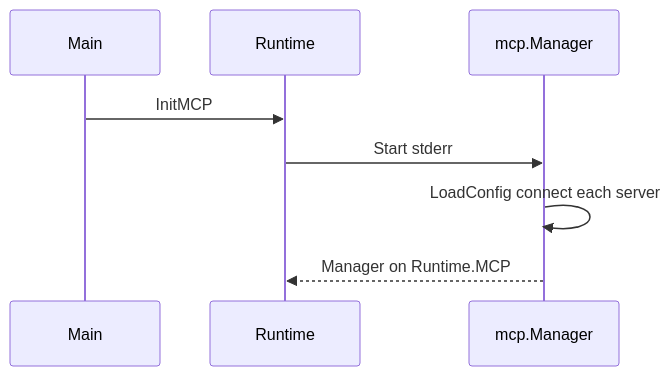
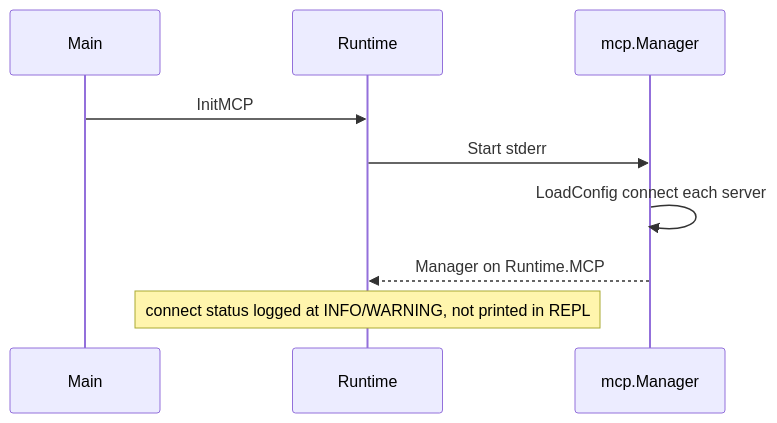
One commit to SAPPHIR3-ROS3/Solomon changed the diagram in docs/architecture/mcp-integration.md. Above: the diagram before and after it, drawn with Mermaid. The commit also changed 10 other files, not shown here.

````diff
--- a/docs/architecture/mcp-integration.md
+++ b/docs/architecture/mcp-integration.md
@@ -70,11 +70,12 @@
 ```mermaid
 sequenceDiagram
   participant Main
   participant RT as Runtime
   participant MCP as mcp.Manager
 
   Main->>RT: InitMCP
   RT->>MCP: Start stderr
   MCP->>MCP: LoadConfig connect each server
   MCP-->>RT: Manager on Runtime.MCP
+  Note over RT: connect status logged at INFO/WARNING, not printed in REPL
 ```
````
